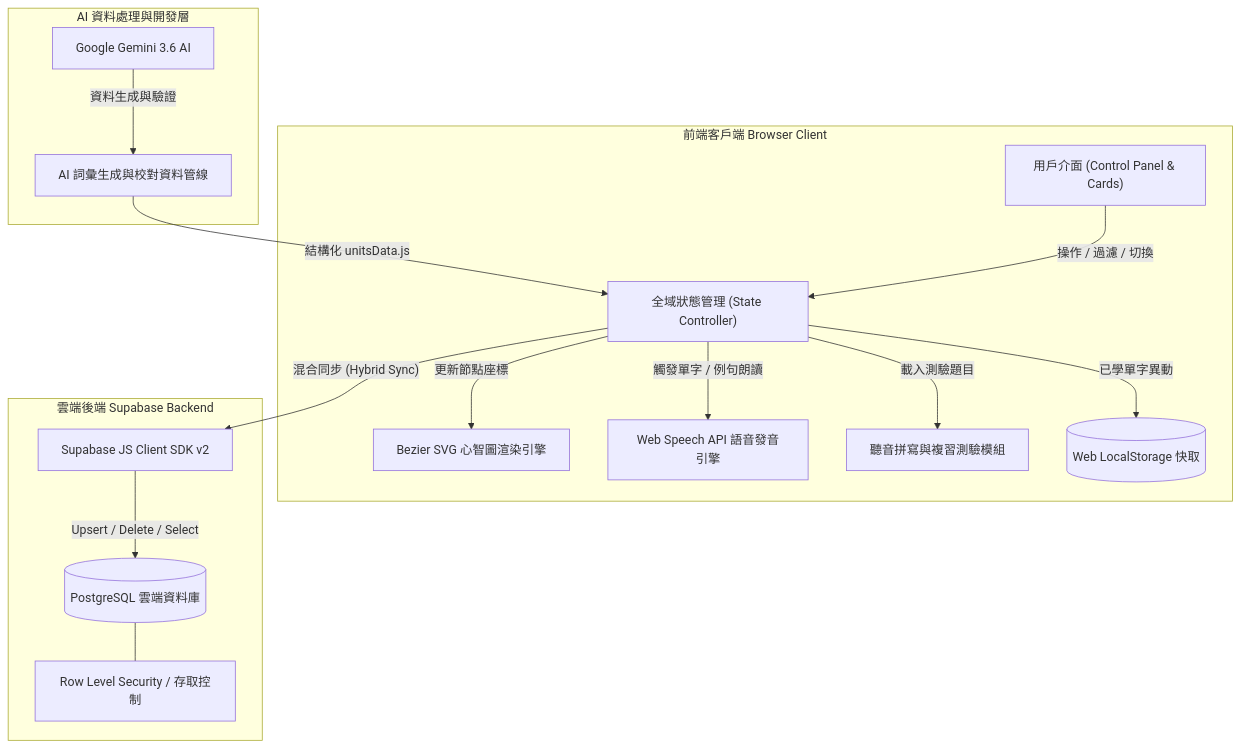
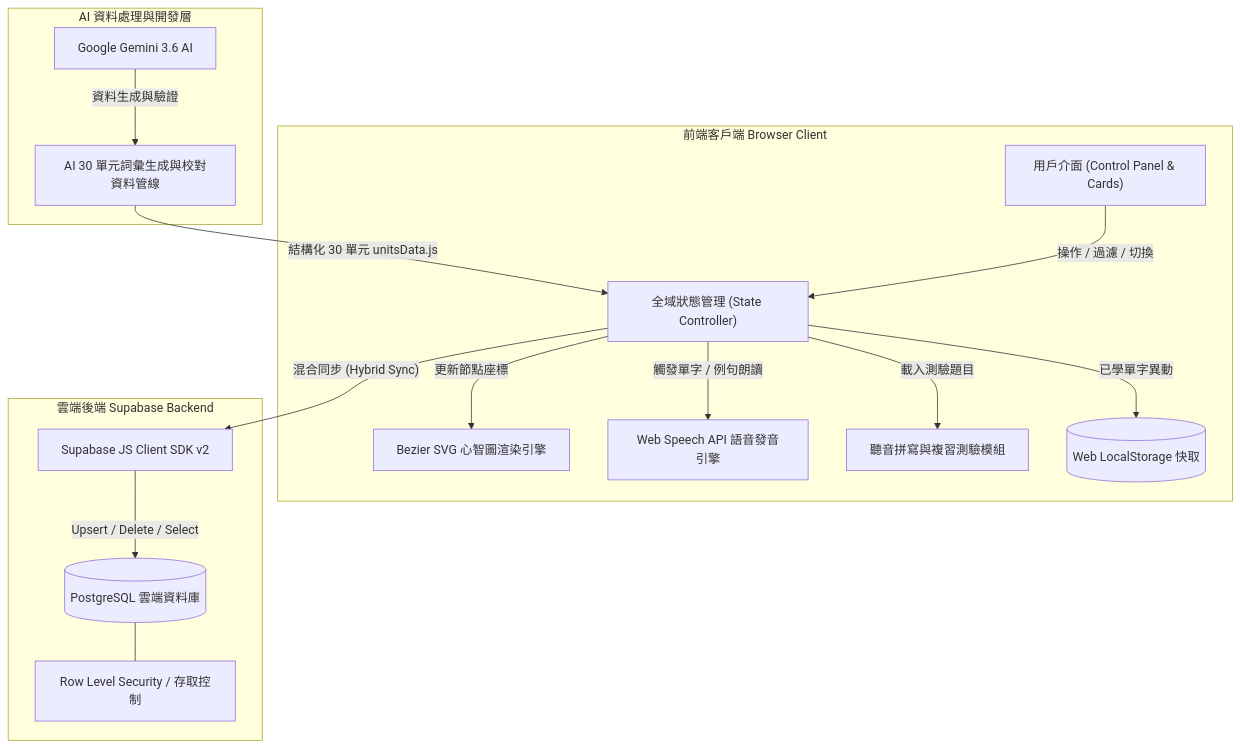
The diagram in README.zh-TW.md (b1uewave/ielts-vocab-mindmap), drawn with Mermaid before and after one commit. The commit also changed other lines of this file and 1 other file, not shown here.

Commit message:
docs: update English and Chinese READMEs for 30 IELTS units and 1,148 core vocabulary dataset

````diff
--- a/README.zh-TW.md
+++ b/README.zh-TW.md
@@ -60,35 +77,35 @@
 ```mermaid
 graph TD
     subgraph Client ["前端客戶端 Browser Client"]
         UI["用戶介面 (Control Panel & Cards)"]
         Engine["Bezier SVG 心智圖渲染引擎"]
         TTS["Web Speech API 語音發音引擎"]
         Quiz["聽音拼寫與複習測驗模組"]
         State["全域狀態管理 (State Controller)"]
         LocalDB[("Web LocalStorage 快取")]
     end
 
     subgraph AI ["AI 資料處理與開發層"]
         Gemini["Google Gemini 3.6 AI"]
-        DataPipeline["AI 詞彙生成與校對資料管線"]
+        DataPipeline["AI 30 單元詞彙生成與校對資料管線"]
     end
 
     subgraph Backend ["雲端後端 Supabase Backend"]
         SupaClient["Supabase JS Client SDK v2"]
         PgDB[("PostgreSQL 雲端資料庫")]
         RLS["Row Level Security / 存取控制"]
     end
 
     Gemini -->|"資料生成與驗證"| DataPipeline
-    DataPipeline -->|"結構化 unitsData.js"| State
+    DataPipeline -->|"結構化 30 單元 unitsData.js"| State
 
     UI -->|"操作 / 過濾 / 切換"| State
     State -->|"更新節點座標"| Engine
     State -->|"觸發單字 / 例句朗讀"| TTS
     State -->|"載入測驗題目"| Quiz
     
     State -->|"已學單字異動"| LocalDB
     State -->|"混合同步 (Hybrid Sync)"| SupaClient
     SupaClient -->|"Upsert / Delete / Select"| PgDB
     PgDB --- RLS
 ```
````
